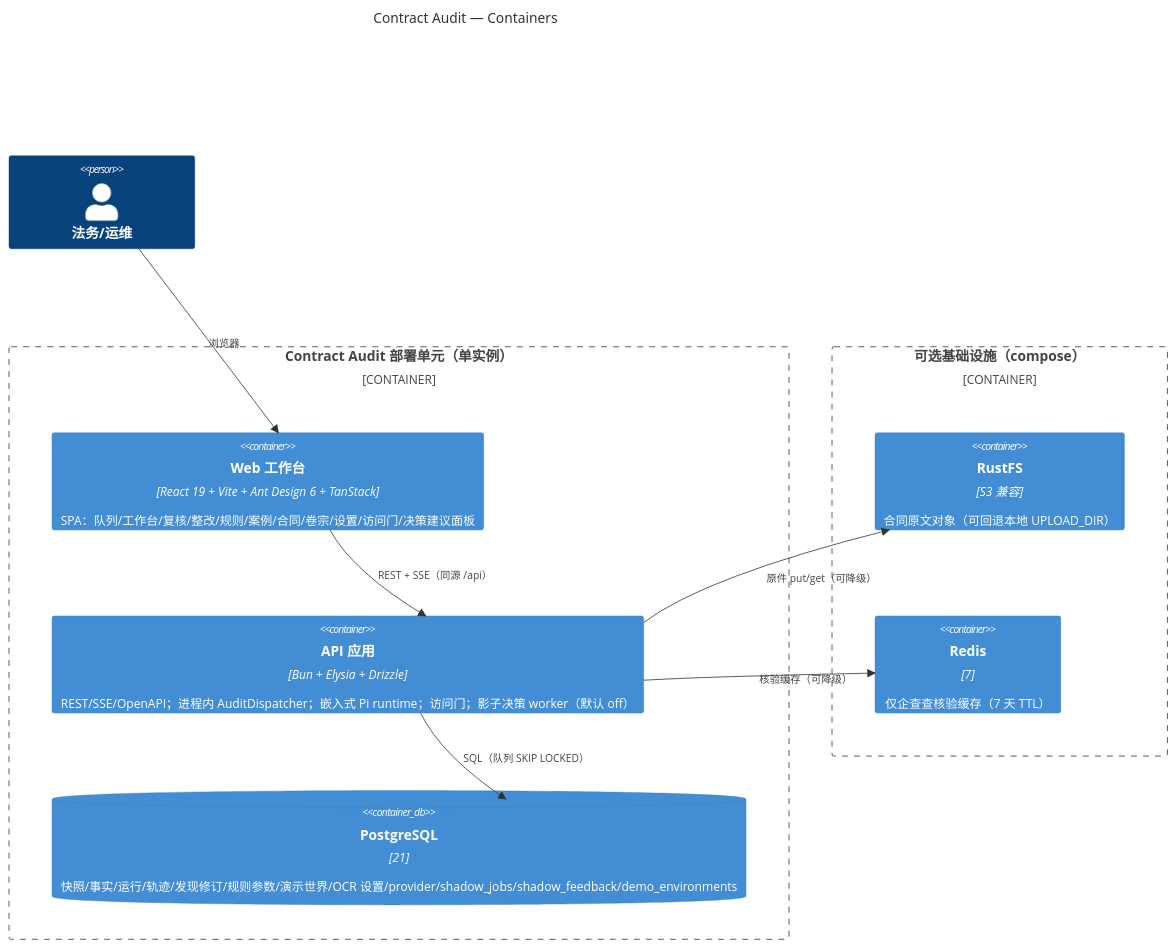
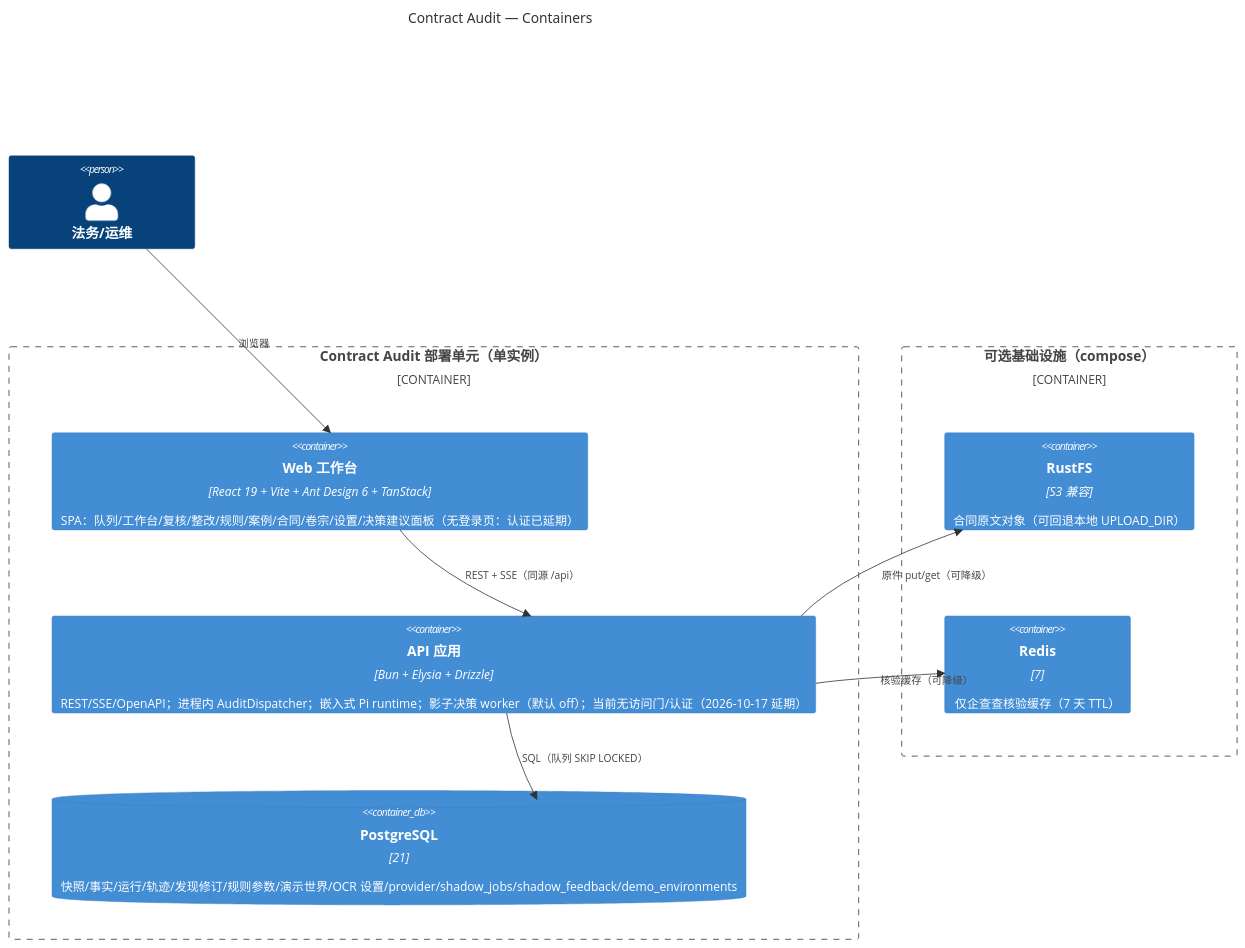
Before and after one commit to Rupert-WLLP-Bai/pi-agent-dev: the second of 3 diagrams in docs/engineering/c4-and-adr-index.md, drawn with Mermaid. The commit also changed other lines of this file and 61 other files, not shown here.

````diff
--- a/docs/engineering/c4-and-adr-index.md
+++ b/docs/engineering/c4-and-adr-index.md
@@ -34,23 +34,23 @@
 ```mermaid
 C4Container
     title Contract Audit — Containers
 
     Person(user, "法务/运维")
 
     Container_Boundary(c1, "Contract Audit 部署单元（单实例）") {
-        Container(web, "Web 工作台", "React 19 + Vite + Ant Design 6 + TanStack", "SPA：队列/工作台/复核/整改/规则/案例/合同/卷宗/设置/访问门/决策建议面板")
-        Container(api, "API 应用", "Bun + Elysia + Drizzle", "REST/SSE/OpenAPI；进程内 AuditDispatcher；嵌入式 Pi runtime；访问门；影子决策 worker（默认 off）")
+        Container(web, "Web 工作台", "React 19 + Vite + Ant Design 6 + TanStack", "SPA：队列/工作台/复核/整改/规则/案例/合同/卷宗/设置/决策建议面板（无登录页：认证已延期）")
+        Container(api, "API 应用", "Bun + Elysia + Drizzle", "REST/SSE/OpenAPI；进程内 AuditDispatcher；嵌入式 Pi runtime；影子决策 worker（默认 off）；当前无访问门/认证（2026-10-17 延期）")
         ContainerDb(pg, "PostgreSQL", "21", "快照/事实/运行/轨迹/发现修订/规则参数/演示世界/OCR 设置/provider/shadow_jobs/shadow_feedback/demo_environments")
     }
 
     Container_Boundary(c2, "可选基础设施（compose）") {
         Container(s3, "RustFS", "S3 兼容", "合同原文对象（可回退本地 UPLOAD_DIR）")
         Container(redis, "Redis", "7", "仅企查查核验缓存（7 天 TTL）")
     }
 
     Rel(user, web, "浏览器")
     Rel(web, api, "REST + SSE（同源 /api）")
     Rel(api, pg, "SQL（队列 SKIP LOCKED）")
     Rel(api, s3, "原件 put/get（可降级）")
     Rel(api, redis, "核验缓存（可降级）")
 ```
````
